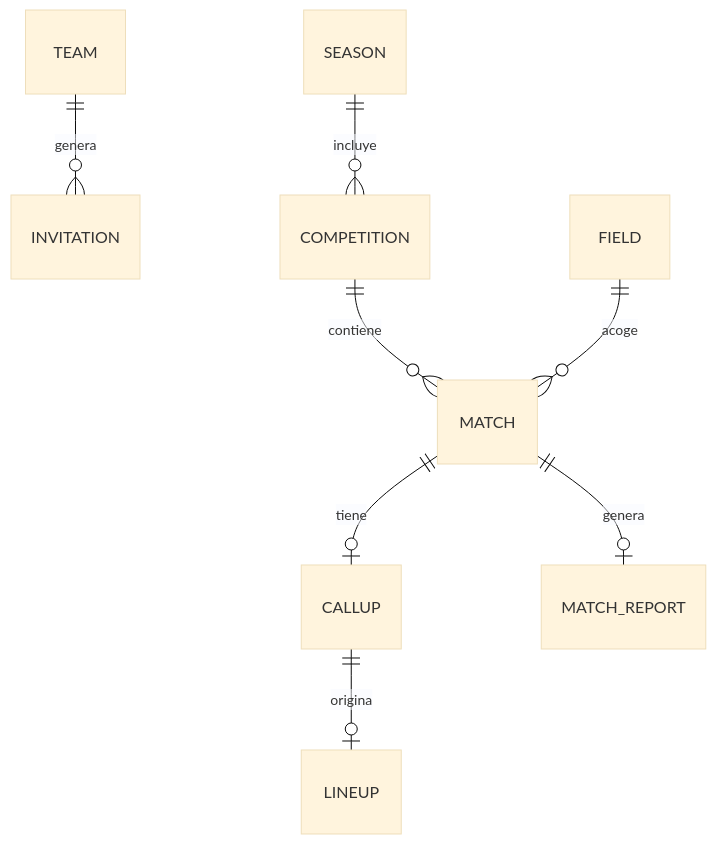
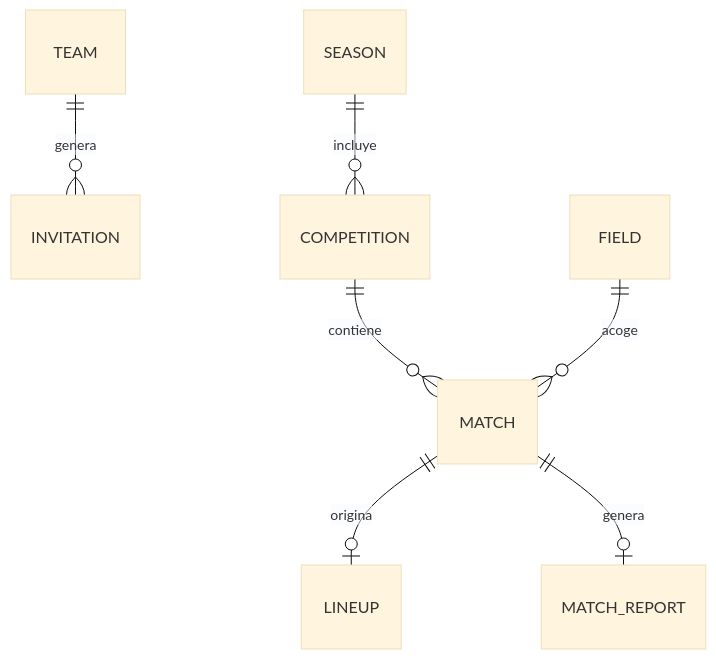
The second of 2 diagrams in docs/modelo-de-datos.md (DavissBlancoDev/GesCoach), drawn with Mermaid (base theme) before and after one commit. The commit also changed other lines of this file and 2 other files, not shown here.

````diff
--- a/docs/modelo-de-datos.md
+++ b/docs/modelo-de-datos.md
@@ -252,10 +313,9 @@
 ```mermaid
 erDiagram
     TEAM ||--o{ INVITATION : "genera"
     SEASON ||--o{ COMPETITION : "incluye"
     COMPETITION ||--o{ MATCH : "contiene"
     FIELD ||--o{ MATCH : "acoge"
-    MATCH ||--o| CALLUP : "tiene"
-    CALLUP ||--o| LINEUP : "origina"
+    MATCH ||--o| LINEUP : "origina"
     MATCH ||--o| MATCH_REPORT : "genera"
 ```
````
